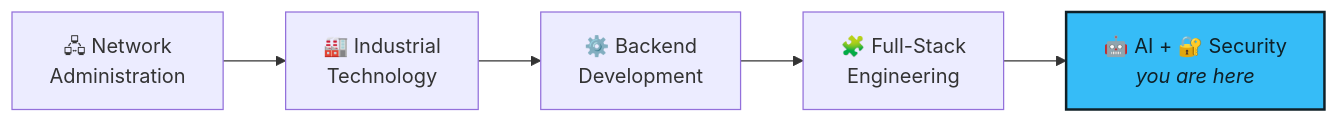
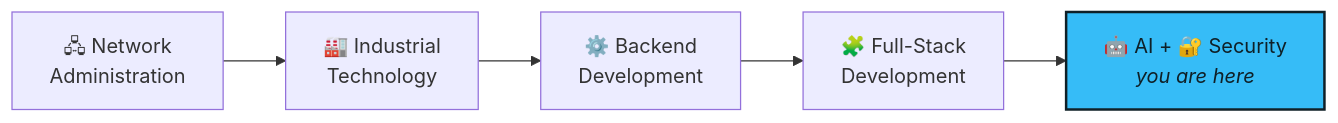
One commit to TahGue/TahGue changed the diagram in README.md. Above: the diagram before and after it, drawn with Mermaid. The commit also changed other lines of this file, not shown here.

````diff
--- a/README.md
+++ b/README.md
@@ -42,8 +42,8 @@
 ```mermaid
 flowchart LR
     A["🖧 Network<br/>Administration"] --> B["🏭 Industrial<br/>Technology"]
     B --> C["⚙️ Backend<br/>Development"]
-    C --> D["🧩 Full-Stack<br/>Engineering"]
+    C --> D["🧩 Full-Stack<br/>Development"]
     D --> E["🤖 AI + 🔐 Security<br/><i>you are here</i>"]
     style E fill:#36BCF7,stroke:#0f2027,color:#0f2027,stroke-width:2px
 ```
````
